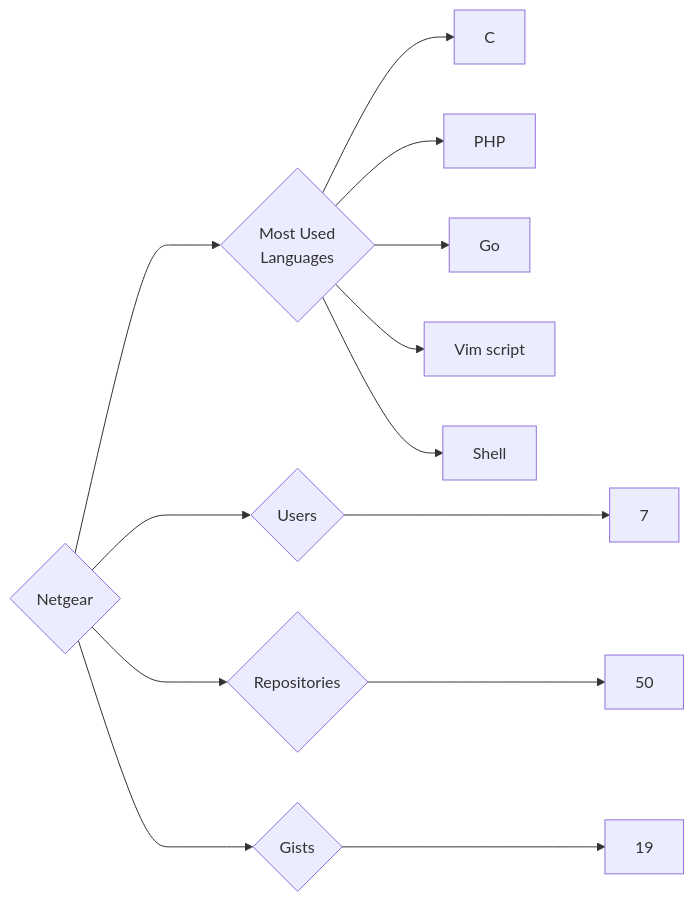
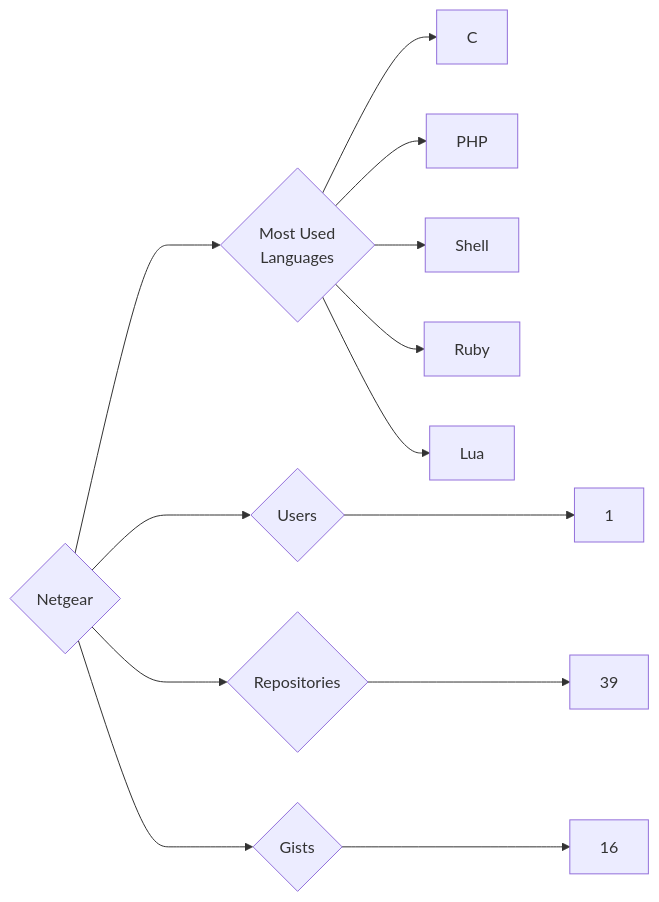
Before and after one commit to trickest/insiders: the diagram in targets/Netgear/README.md, drawn with Mermaid. The commit also changed 870 other files, not shown here.

````diff
--- a/targets/Netgear/README.md
+++ b/targets/Netgear/README.md
@@ -3,13 +3,13 @@
 ```mermaid
 graph LR
 COMPANY_NAME{Netgear}
-COMPANY_NAME ---> U{Users} ---> UN[7]
-COMPANY_NAME ---> R{Repositories} ---> RN[50]
-COMPANY_NAME ---> G{Gists} ---> GN[19]
+COMPANY_NAME ---> U{Users} ---> UN[1]
+COMPANY_NAME ---> R{Repositories} ---> RN[39]
+COMPANY_NAME ---> G{Gists} ---> GN[16]
 COMPANY_NAME ---> ML{Most Used<br>Languages}
 ML --> C[C]
 ML --> PHP[PHP]
-ML --> Go[Go]
-ML --> Vim_script[Vim script]
 ML --> Shell[Shell]
+ML --> Ruby[Ruby]
+ML --> Lua[Lua]
 ```
````
